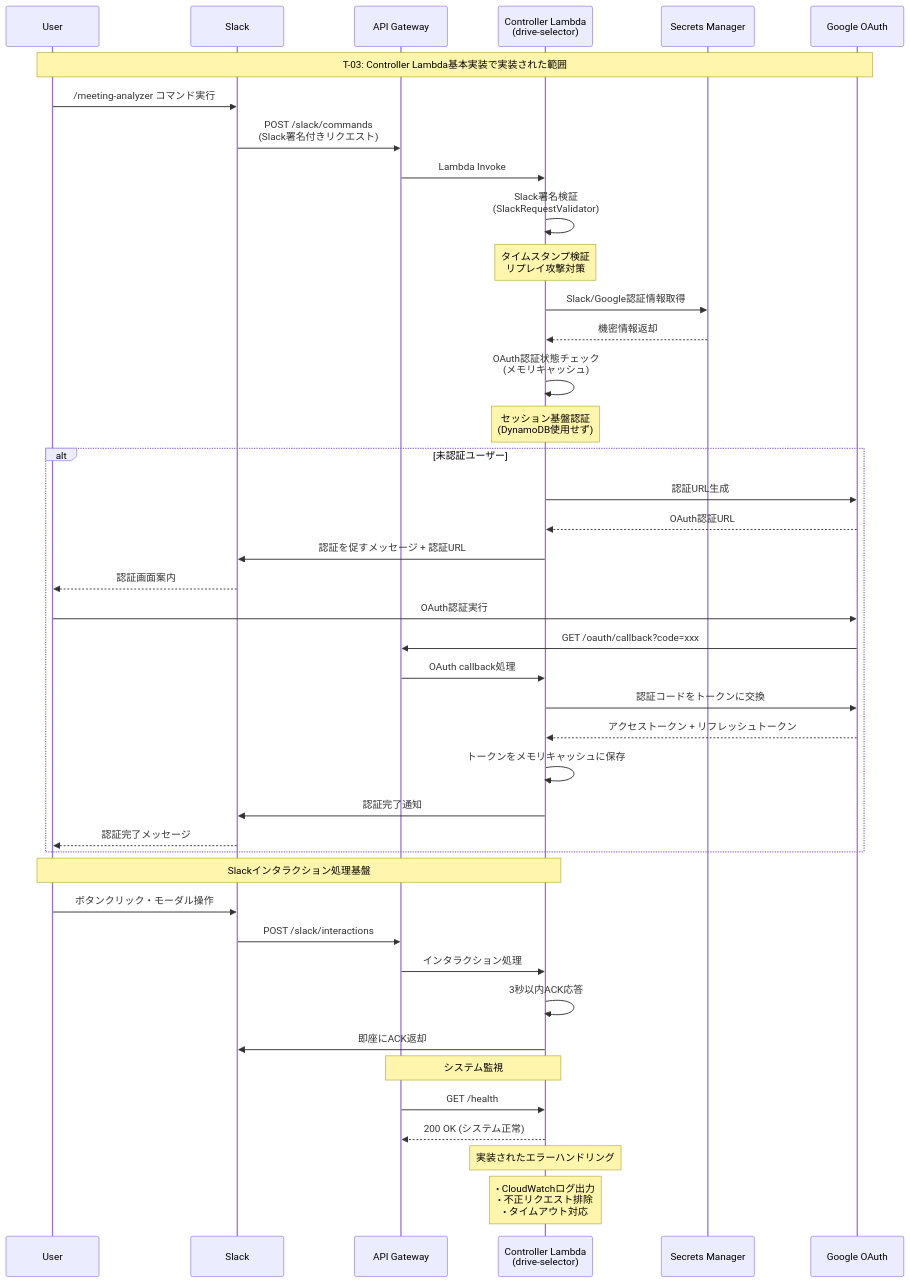
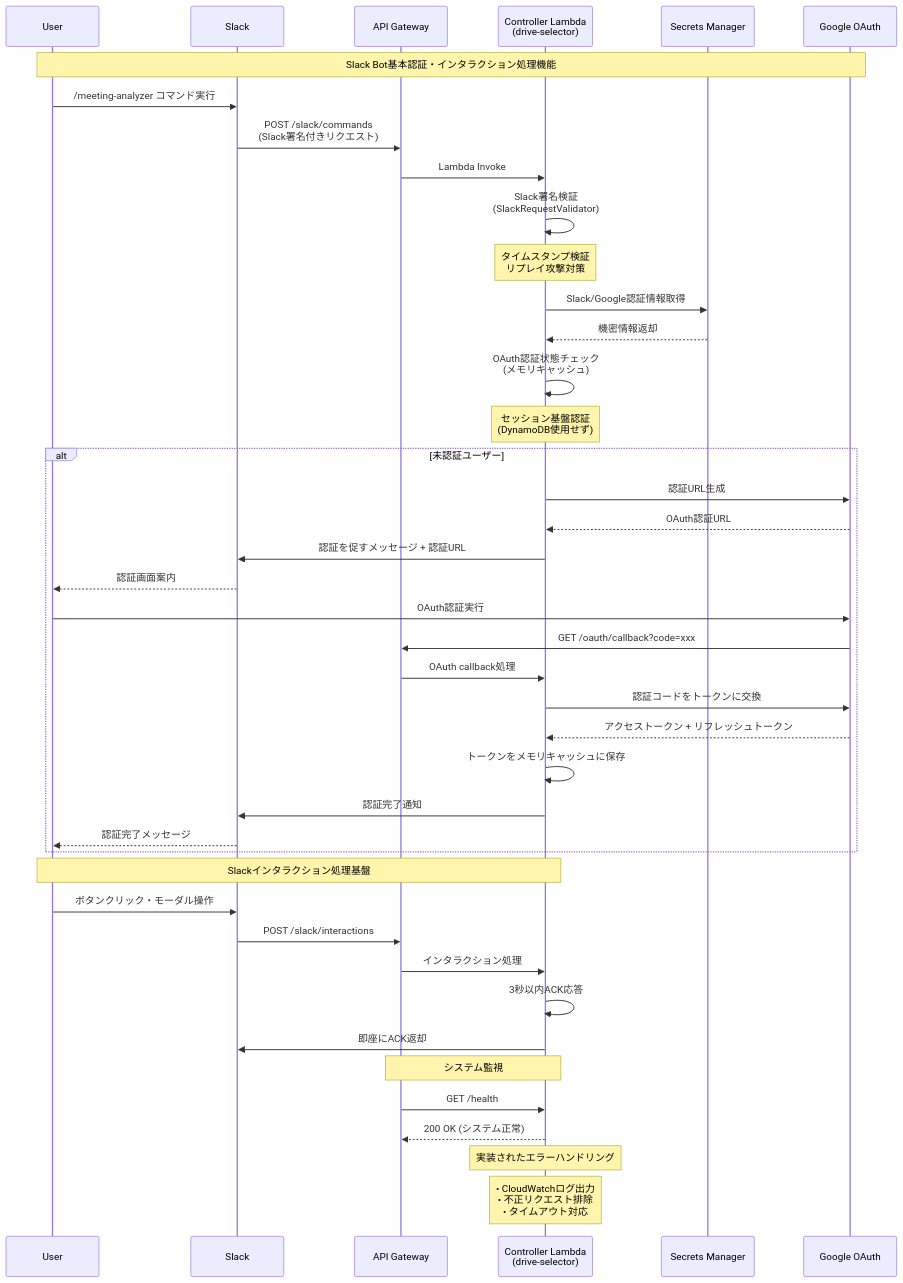
The first of 2 diagrams in docs/controller-lambda-sequence.md (PenPeen/minutes-analyzer), drawn with Mermaid before and after one commit. The commit also changed other lines of this file and 14 other files, not shown here.

````diff
--- a/docs/controller-lambda-sequence.md
+++ b/docs/controller-lambda-sequence.md
@@ -7,63 +7,63 @@
 ```mermaid
 sequenceDiagram
     participant U as User
     participant S as Slack
     participant AG as API Gateway
     participant CL as Controller Lambda<br/>(drive-selector)
     participant SM as Secrets Manager
     participant GO as Google OAuth
 
-    Note over U,GO: T-03: Controller Lambda基本実装で実装された範囲
+    Note over U,GO: Slack Bot基本認証・インタラクション処理機能
 
     %% 1. Slackコマンド実行
     U->>S: /meeting-analyzer コマンド実行
     S->>AG: POST /slack/commands<br/>(Slack署名付きリクエスト)
     AG->>CL: Lambda Invoke
 
     %% 2. リクエスト検証
     CL->>CL: Slack署名検証<br/>(SlackRequestValidator)
     Note over CL: タイムスタンプ検証<br/>リプレイ攻撃対策
 
     %% 3. 設定情報取得
     CL->>SM: Slack/Google認証情報取得
     SM-->>CL: 機密情報返却
 
     %% 4. 認証状態確認
     CL->>CL: OAuth認証状態チェック<br/>(メモリキャッシュ)
     Note over CL: セッション基盤認証<br/>(DynamoDB使用せず)
 
     %% 5. 未認証の場合
     alt 未認証ユーザー
         CL->>GO: 認証URL生成
         GO-->>CL: OAuth認証URL
         CL->>S: 認証を促すメッセージ + 認証URL
         S-->>U: 認証画面案内
 
         %% 6. OAuth認証フロー
         U->>GO: OAuth認証実行
         GO->>AG: GET /oauth/callback?code=xxx
         AG->>CL: OAuth callback処理
         CL->>GO: 認証コードをトークンに交換
         GO-->>CL: アクセストークン + リフレッシュトークン
         CL->>CL: トークンをメモリキャッシュに保存
         CL->>S: 認証完了通知
         S-->>U: 認証完了メッセージ
     end
 
     %% 7. インタラクション処理基盤
     Note over U,CL: Slackインタラクション処理基盤
     U->>S: ボタンクリック・モーダル操作
     S->>AG: POST /slack/interactions
     AG->>CL: インタラクション処理
     CL->>CL: 3秒以内ACK応答
     CL->>S: 即座にACK返却
 
     %% 8. ヘルスチェック
     Note over AG,CL: システム監視
     AG->>CL: GET /health
     CL-->>AG: 200 OK (システム正常)
 
     %% エラーハンドリング
     Note over CL: 実装されたエラーハンドリング
     Note over CL: • CloudWatchログ出力<br/>• 不正リクエスト排除<br/>• タイムアウト対応
 ```
````
